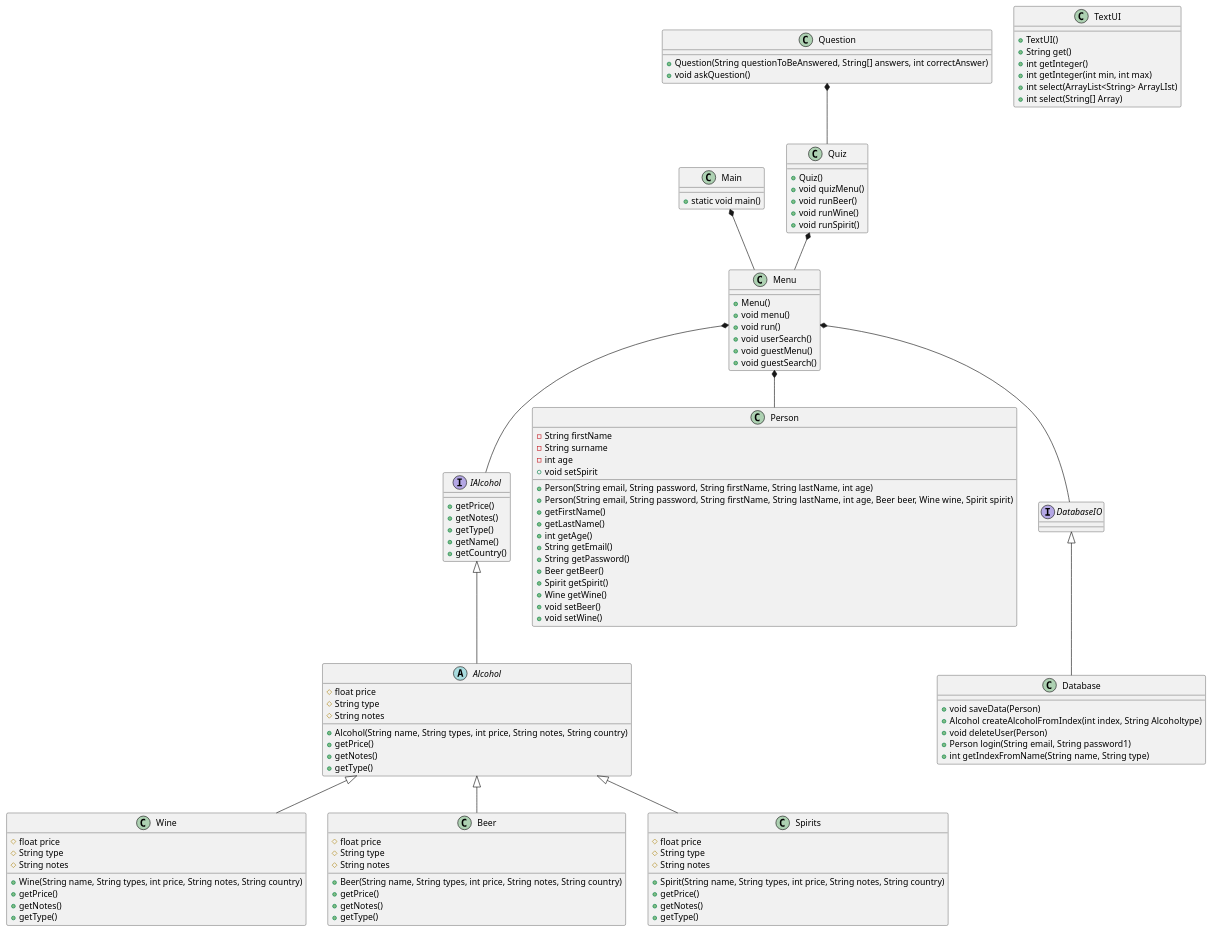
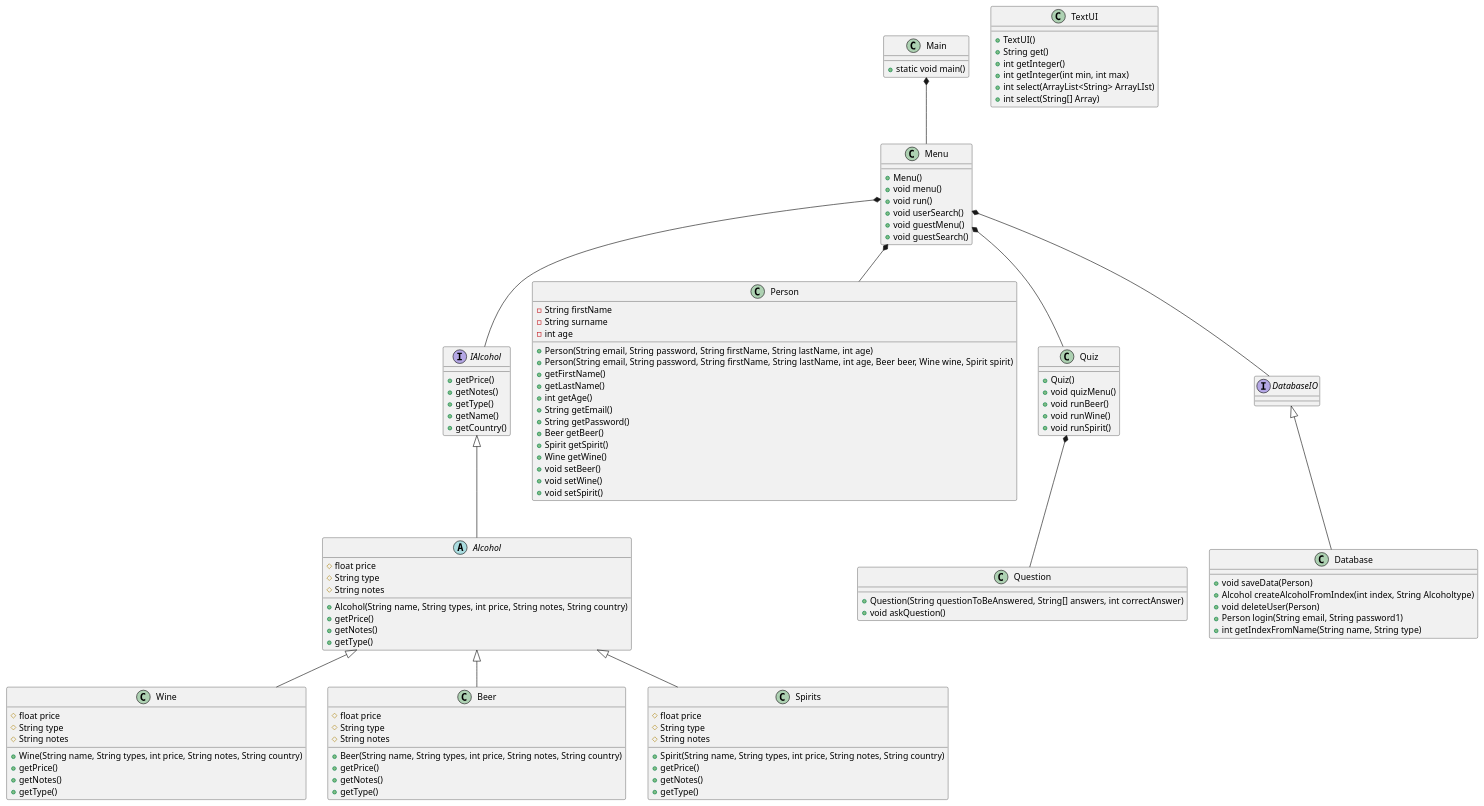
One commit to LucasHemm/ICEProjekt changed the diagram in documentation/ClassDiagram.puml. Above: the diagram before and after it, drawn with PlantUML. The commit also changed 5 other files, not shown here.

```diff
--- a/documentation/ClassDiagram.puml
+++ b/documentation/ClassDiagram.puml
@@ -1,123 +1,123 @@
 @startuml
 class Main
 class Menu
 interface IAlcohol
 abstract class Alcohol
 class Wine
 class Beer
 class Spirits
 class Database
 class TextUI
 class Person
 class Quiz
 class Question
 interface DatabaseIO
 
 Main : + static void main()
 
 Menu : +Menu()
 Menu : +void menu()
 Menu : +void run()
 Menu : +void userSearch()
 Menu : +void guestMenu()
 Menu : +void guestSearch()
 
 Person : +Person(String email, String password, String firstName, String lastName, int age)
 Person : +Person(String email, String password, String firstName, String lastName, int age, Beer beer, Wine wine, Spirit spirit)
 Person : -String firstName
 Person : -String surname
 Person : -int age
 Person : +getFirstName()
 Person : +getLastName()
 Person : +int getAge()
 Person : +String getEmail()
 Person : +String getPassword()
 Person : +Beer getBeer()
 Person : +Spirit getSpirit()
 Person : +Wine getWine()
 Person : +void setBeer()
 Person : +void setWine()
-Person : +void setSpirit
+Person : +void setSpirit()
 
 
 Database : +void saveData(Person)
 Database : +Alcohol createAlcoholFromIndex(int index, String Alcoholtype)
 Database : +void deleteUser(Person)
 Database : +Person login(String email, String password1)
 Database : +int getIndexFromName(String name, String type)
 
 TextUI : +TextUI()
 TextUI : +String get()
 TextUI : +int getInteger()
 TextUI : +int getInteger(int min, int max)
 TextUI : +int select(ArrayList<String> ArrayLIst)
 TextUI : +int select(String[] Array)
 
 IAlcohol : +getPrice()
 IAlcohol : +getNotes()
 IAlcohol : +getType()
 IAlcohol : +getName()
 IAlcohol : +getCountry()
 
 Alcohol : # float price
 Alcohol : # String type
 Alcohol : # String notes
 Alcohol : +Alcohol(String name, String types, int price, String notes, String country)
 Alcohol : +getPrice()
 Alcohol : +getNotes()
 Alcohol : +getType()
 
 Beer : # float price
 Beer : # String type
 Beer : # String notes
 Beer : +Beer(String name, String types, int price, String notes, String country)
 Beer : +getPrice()
 Beer : +getNotes()
 Beer : +getType()
 
 Wine : # float price
 Wine : # String type
 Wine : # String notes
 Wine : +Wine(String name, String types, int price, String notes, String country)
 Wine : +getPrice()
 Wine : +getNotes()
 Wine : +getType()
 
 Spirits : # float price
 Spirits : # String type
 Spirits : # String notes
 Spirits : +Spirit(String name, String types, int price, String notes, String country)
 Spirits : +getPrice()
 Spirits : +getNotes()
 Spirits : +getType()
 
 Quiz : +Quiz()
 Quiz : +void quizMenu()
 Quiz : +void runBeer()
 Quiz : +void runWine()
 Quiz : +void runSpirit()
 
 Question : +Question(String questionToBeAnswered, String[] answers, int correctAnswer)
 Question : +void askQuestion()
 
-Quiz *-- Menu
+Menu *-- Quiz
 
-Question *-- Quiz
+Quiz *-- Question
 
 Alcohol <|-- Beer
 Alcohol <|-- Wine
 Alcohol <|-- Spirits
 
 IAlcohol <|-- Alcohol
 
 
 
 Menu *-- Person
 Menu *-- IAlcohol
 Menu *-- DatabaseIO
 
 DatabaseIO <|-- Database
 
 Main *-- Menu
 
 @enduml
```
